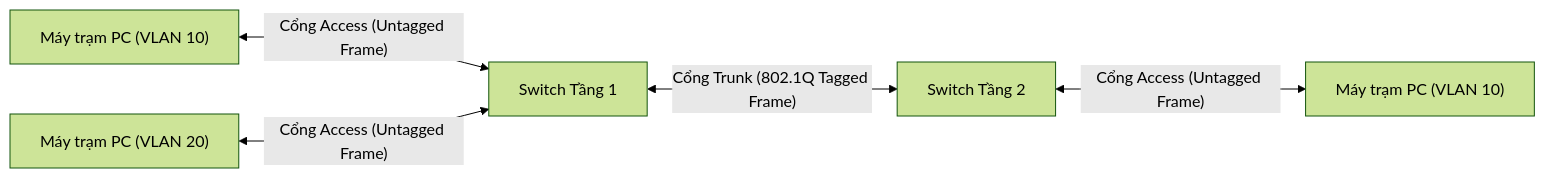
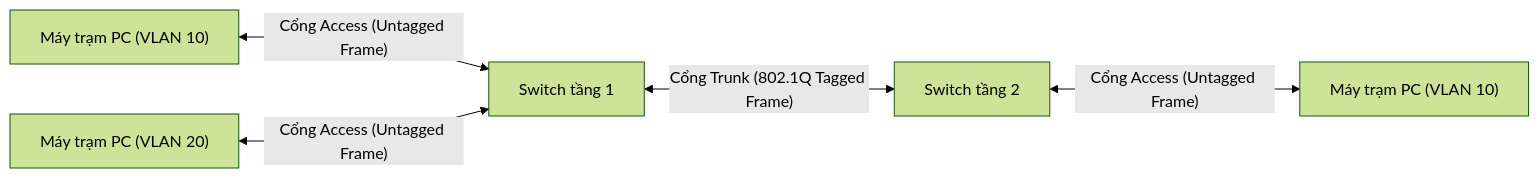
One commit to phattvh/HackTheBox_Translate changed the third of 4 diagrams in Junior Cybersecurity Analyst/3. Introduction to Networking/17. Vendor Specific Information.md. Above: the diagram before and after it, drawn with Mermaid (forest theme). The commit also changed other lines of this file and 5 other files, not shown here.

````diff
--- a/Junior Cybersecurity Analyst/3. Introduction to Networking/17. Vendor Specific Information.md
+++ b/Junior Cybersecurity Analyst/3. Introduction to Networking/17. Vendor Specific Information.md
@@ -114,7 +114,7 @@
 ```mermaid
 graph LR
-    PC1["Máy trạm PC (VLAN 10)"] <-->|"Cổng Access (Untagged Frame)"| Switch1["Switch Tầng 1"]
+    PC1["Máy trạm PC (VLAN 10)"] <-->|"Cổng Access (Untagged Frame)"| Switch1["Switch tầng 1"]
     PC2["Máy trạm PC (VLAN 20)"] <-->|"Cổng Access (Untagged Frame)"| Switch1
-    Switch1 <-->|"Cổng Trunk (802.1Q Tagged Frame)"| Switch2["Switch Tầng 2"]
+    Switch1 <-->|"Cổng Trunk (802.1Q Tagged Frame)"| Switch2["Switch tầng 2"]
     Switch2 <-->|"Cổng Access (Untagged Frame)"| PC3["Máy trạm PC (VLAN 10)"]
 ```
````
